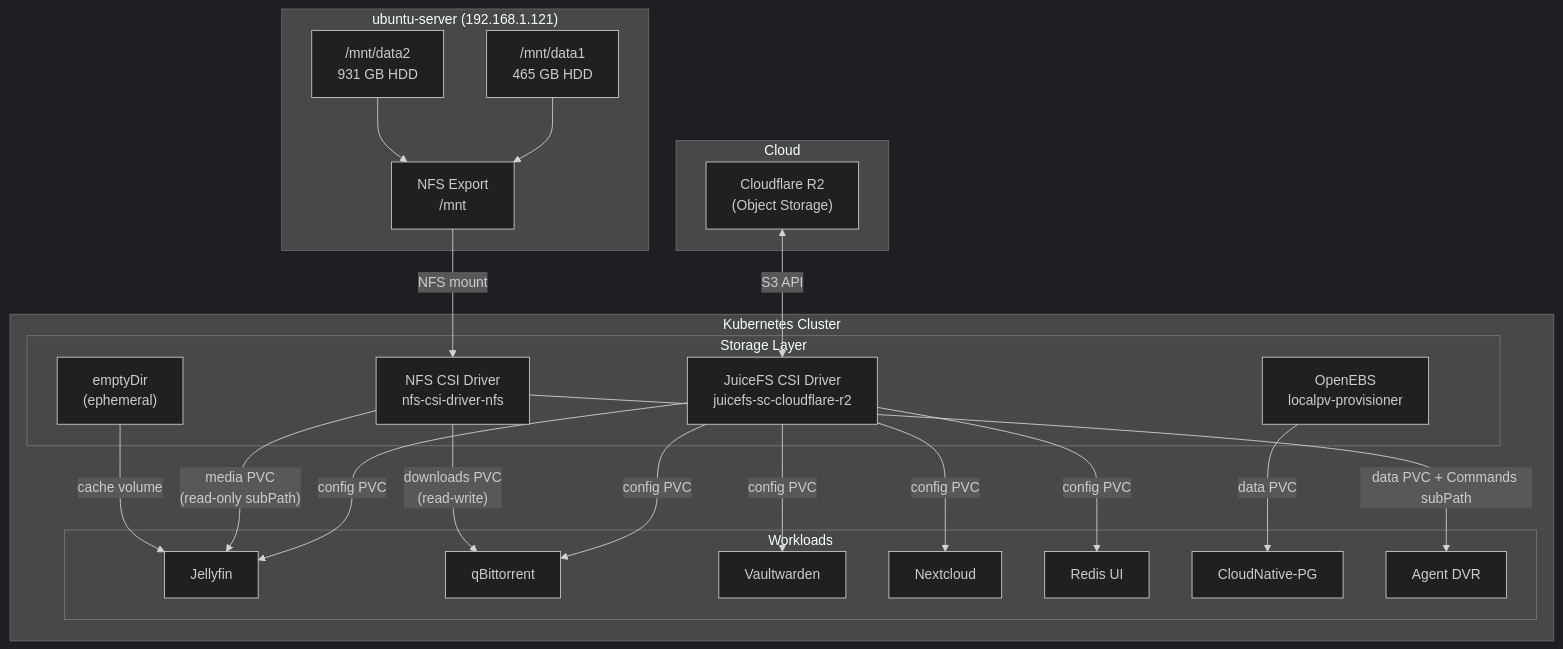
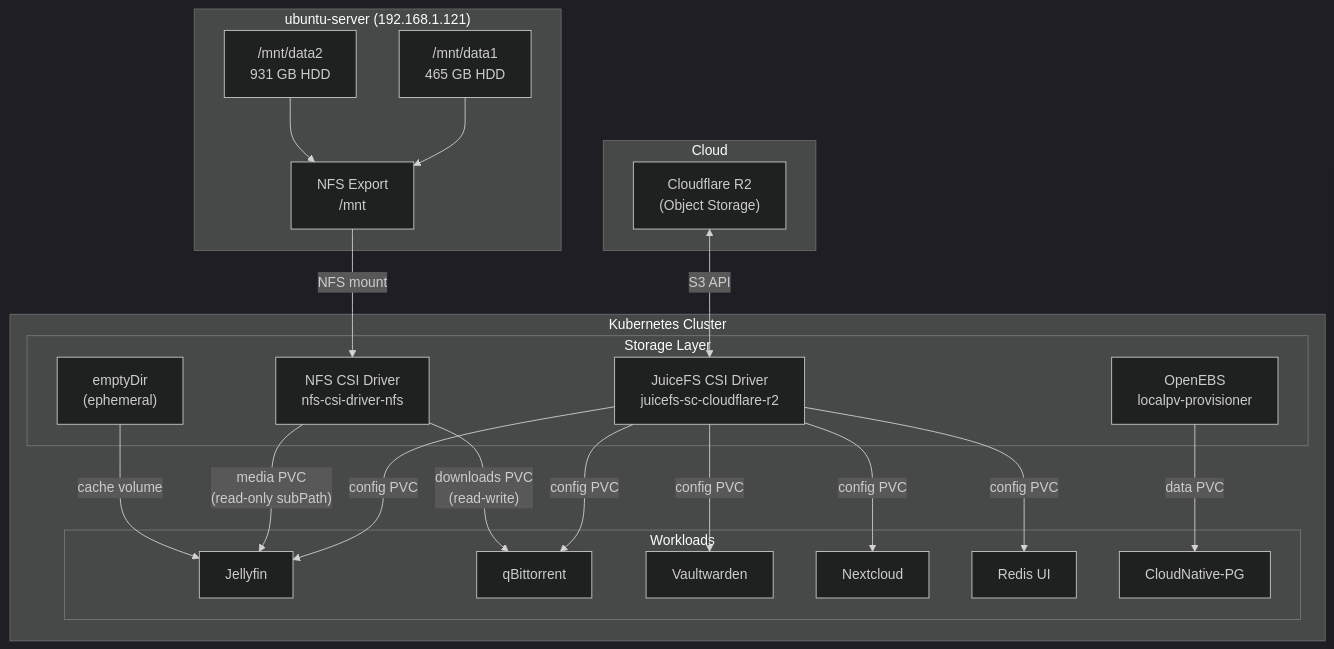
Before and after one commit to ngodat0103/dev-oops: the first of 2 diagrams in readme.md, drawn with Mermaid (dark theme). The commit also changed other lines of this file and 2 other files, not shown here.

````diff
--- a/readme.md
+++ b/readme.md
@@ -309,49 +308,47 @@
 ```mermaid
 flowchart TD
     subgraph cloud [Cloud]
         R2["Cloudflare R2\n(Object Storage)"]
     end
 
     subgraph ubuntu_server ["ubuntu-server (192.168.1.121)"]
         data1["/mnt/data1\n465 GB HDD"]
         data2["/mnt/data2\n931 GB HDD"]
         nfs_export["NFS Export\n/mnt"]
         data1 --> nfs_export
         data2 --> nfs_export
     end
 
     subgraph k8s ["Kubernetes Cluster"]
         subgraph storage_layer ["Storage Layer"]
             juicefs["JuiceFS CSI Driver\njuicefs-sc-cloudflare-r2"]
             nfs_csi["NFS CSI Driver\nnfs-csi-driver-nfs"]
             openebs["OpenEBS\nlocalpv-provisioner"]
             emptydir["emptyDir\n(ephemeral)"]
         end
 
         subgraph workloads ["Workloads"]
             jellyfin["Jellyfin"]
             qbittorrent["qBittorrent"]
             vaultwarden["Vaultwarden"]
             nextcloud["Nextcloud"]
             redis_ui["Redis UI"]
             cnpg["CloudNative-PG"]
-            agentdvr["Agent DVR"]
         end
     end
 
     R2 <-->|"S3 API"| juicefs
     nfs_export -->|"NFS mount"| nfs_csi
 
     juicefs -->|"config PVC"| jellyfin
     juicefs -->|"config PVC"| qbittorrent
     juicefs -->|"config PVC"| vaultwarden
     juicefs -->|"config PVC"| nextcloud
     juicefs -->|"config PVC"| redis_ui
 
     nfs_csi -->|"media PVC\n(read-only subPath)"| jellyfin
     nfs_csi -->|"downloads PVC\n(read-write)"| qbittorrent
 
     openebs -->|"data PVC"| cnpg
-    nfs_csi -->|"data PVC + Commands subPath"| agentdvr
     emptydir -->|"cache volume"| jellyfin
 ```
````
